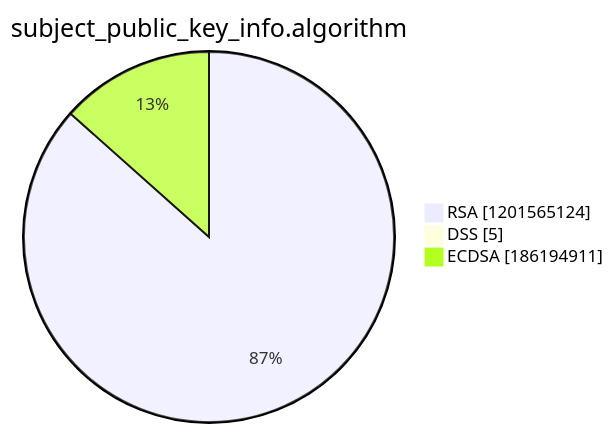
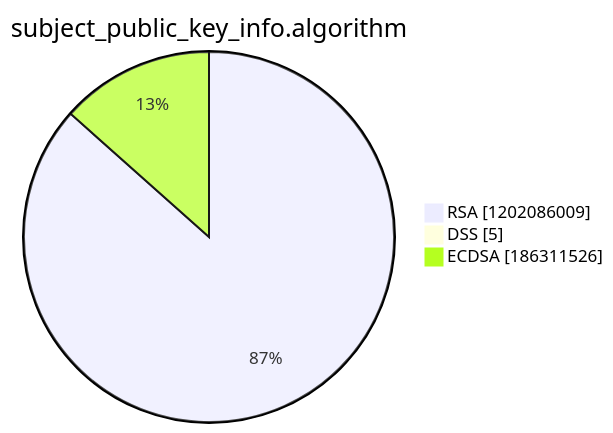
One commit to christiankrug/ctmonitor_visualization changed the third of 15 diagrams in argon2022/README.md. Above: the diagram before and after it, drawn with Mermaid. The commit also changed other lines of this file, not shown here.

````diff
--- a/argon2022/README.md
+++ b/argon2022/README.md
@@ -14,7 +14,7 @@
 ```mermaid
 pie showData
 title subject_public_key_info.algorithm
-"RSA" :1201565124
+"RSA" :1202086009
 "DSS" :5
-"ECDSA" :186194911
+"ECDSA" :186311526
 ```
````
